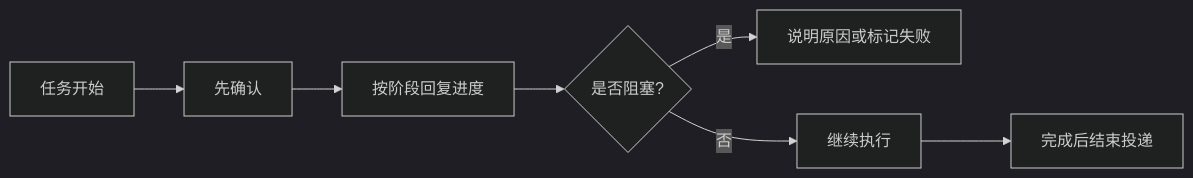
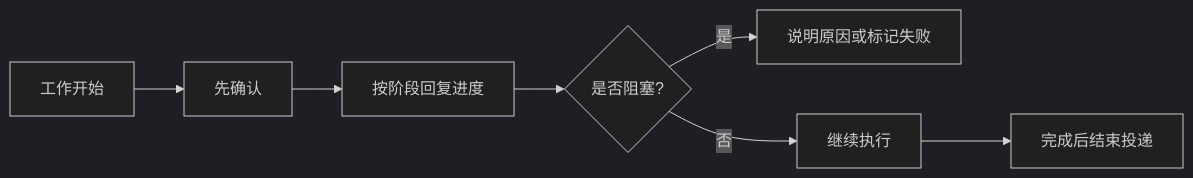
Before and after one commit to KonghaYao/agent-network: the fifth of 13 diagrams in public/skills/agent-network-skills.md, drawn with Mermaid (dark theme). The commit also changed other lines of this file and 28 other files, not shown here.

````diff
--- a/public/skills/agent-network-skills.md
+++ b/public/skills/agent-network-skills.md
@@ -259,9 +254,9 @@
 ```mermaid
 flowchart LR
-    A["任务开始"] --> B["先确认"]
+    A["工作开始"] --> B["先确认"]
     B --> C["按阶段回复进度"]
     C --> D{"是否阻塞?"}
     D -- 是 --> E["说明原因或标记失败"]
     D -- 否 --> F["继续执行"]
     F --> G["完成后结束投递"]
 ```
````
